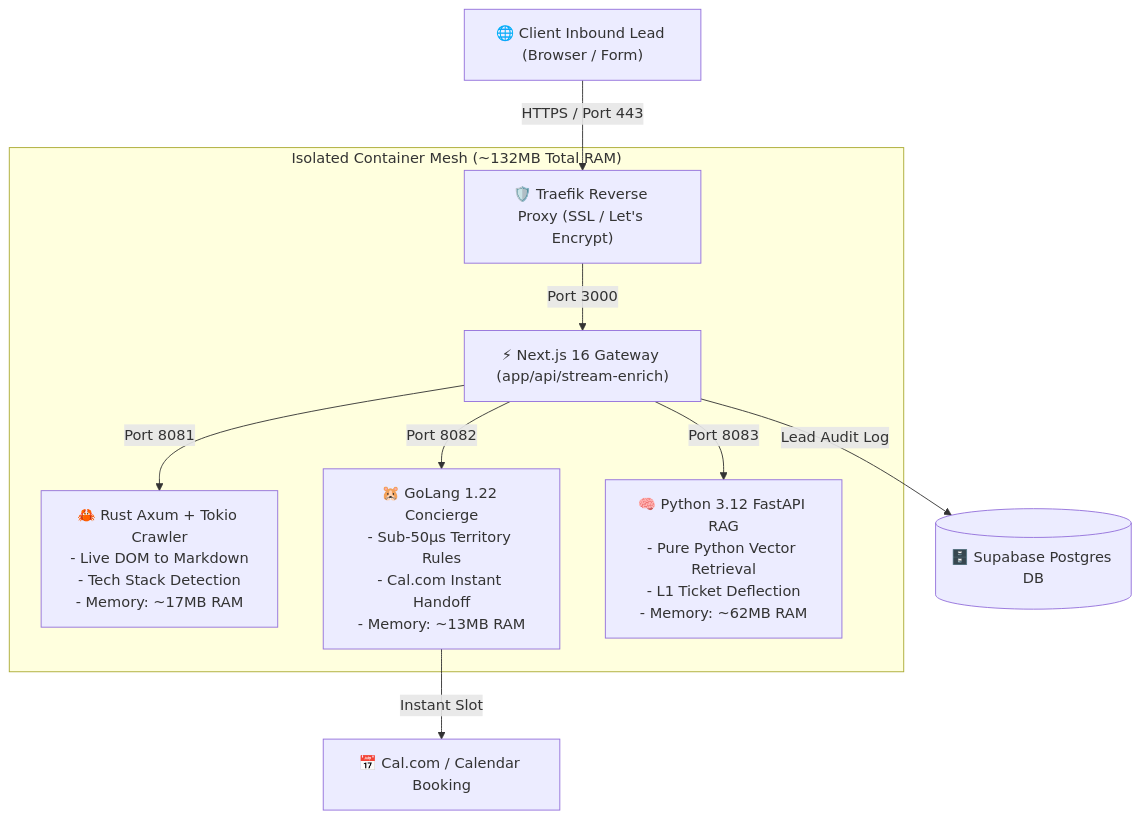
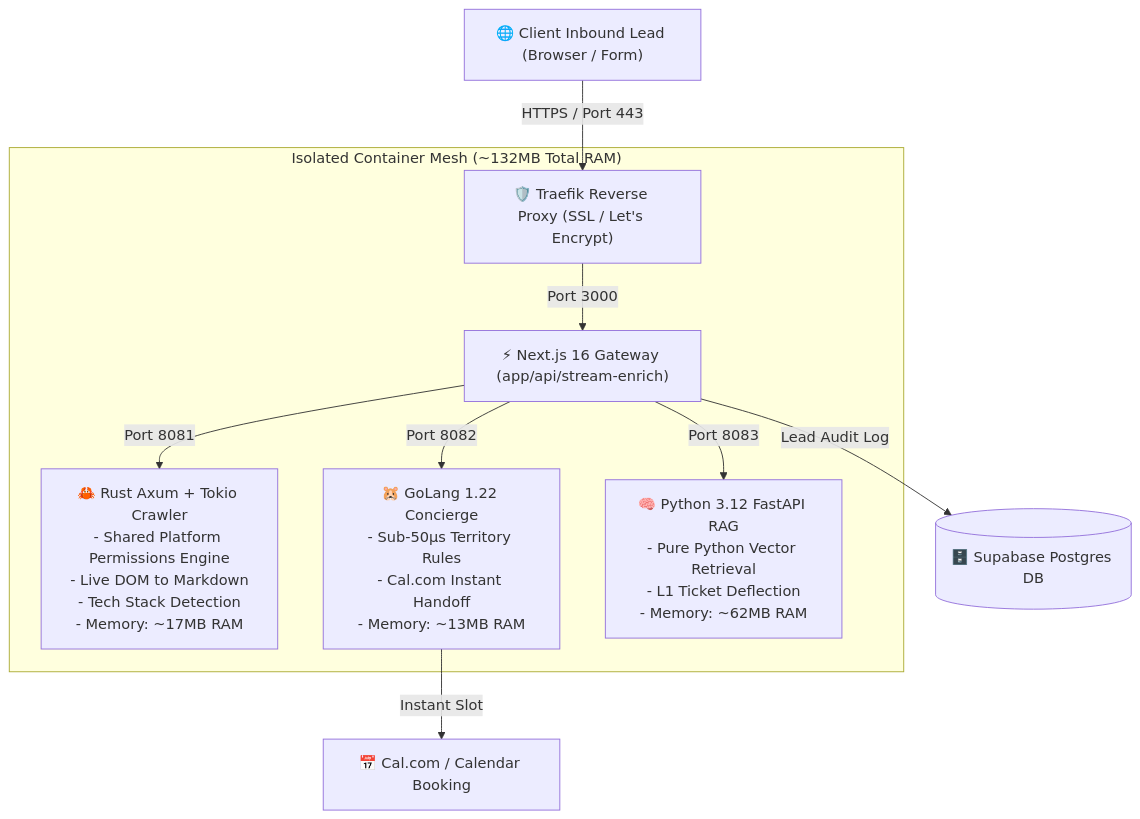
The diagram in README.md (Emjaay20/Flowmeet), drawn with Mermaid before and after one commit. The commit also changed other lines of this file and 31 other files, not shown here.

Commit message:
feat(platform): add zero-alloc RBAC/ABAC permissions engine, Prometheus telemetry, agent DX CLI & K8s/Flux GitOps

````diff
--- a/README.md
+++ b/README.md
@@ -30,17 +30,17 @@
 ```mermaid
 flowchart TD
     Client["🌐 Client Inbound Lead (Browser / Form)"] -->|HTTPS / Port 443| Traefik["🛡️ Traefik Reverse Proxy (SSL / Let's Encrypt)"]
 
     subgraph Internal_Docker_Mesh ["Isolated Container Mesh (~132MB Total RAM)"]
         Traefik -->|Port 3000| NextJS["⚡ Next.js 16 Gateway (app/api/stream-enrich)"]
         
-        NextJS -->|Port 8081| RustCrawler["🦀 Rust Axum + Tokio Crawler\n- Live DOM to Markdown\n- Tech Stack Detection\n- Memory: ~17MB RAM"]
+        NextJS -->|Port 8081| RustCrawler["🦀 Rust Axum + Tokio Crawler\n- Shared Platform Permissions Engine\n- Live DOM to Markdown\n- Tech Stack Detection\n- Memory: ~17MB RAM"]
         
         NextJS -->|Port 8082| GoConcierge["🐹 GoLang 1.22 Concierge\n- Sub-50µs Territory Rules\n- Cal.com Instant Handoff\n- Memory: ~13MB RAM"]
         
         NextJS -->|Port 8083| PythonBrain["🧠 Python 3.12 FastAPI RAG\n- Pure Python Vector Retrieval\n- L1 Ticket Deflection\n- Memory: ~62MB RAM"]
     end
 
     GoConcierge -->|Instant Slot| CalCom["📅 Cal.com / Calendar Booking"]
     NextJS -->|Lead Audit Log| Supabase[("🗄️ Supabase Postgres DB")]
 ```
````
